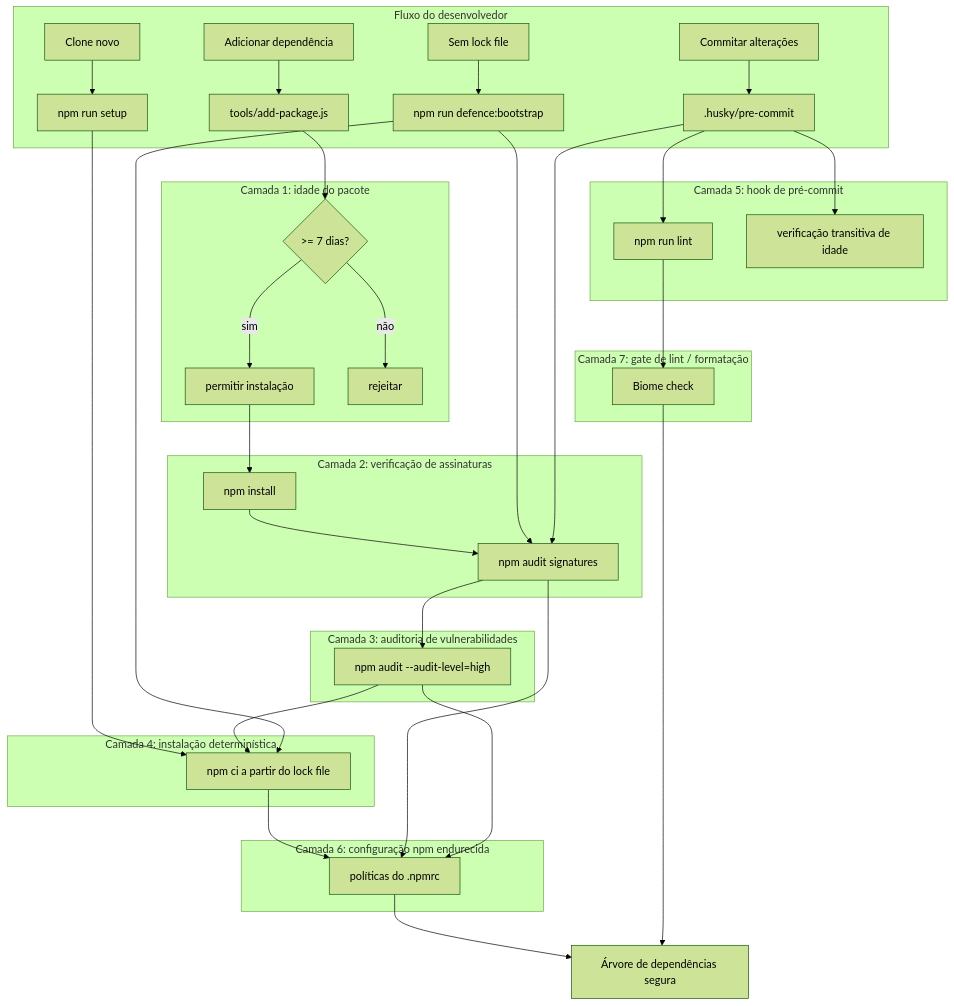
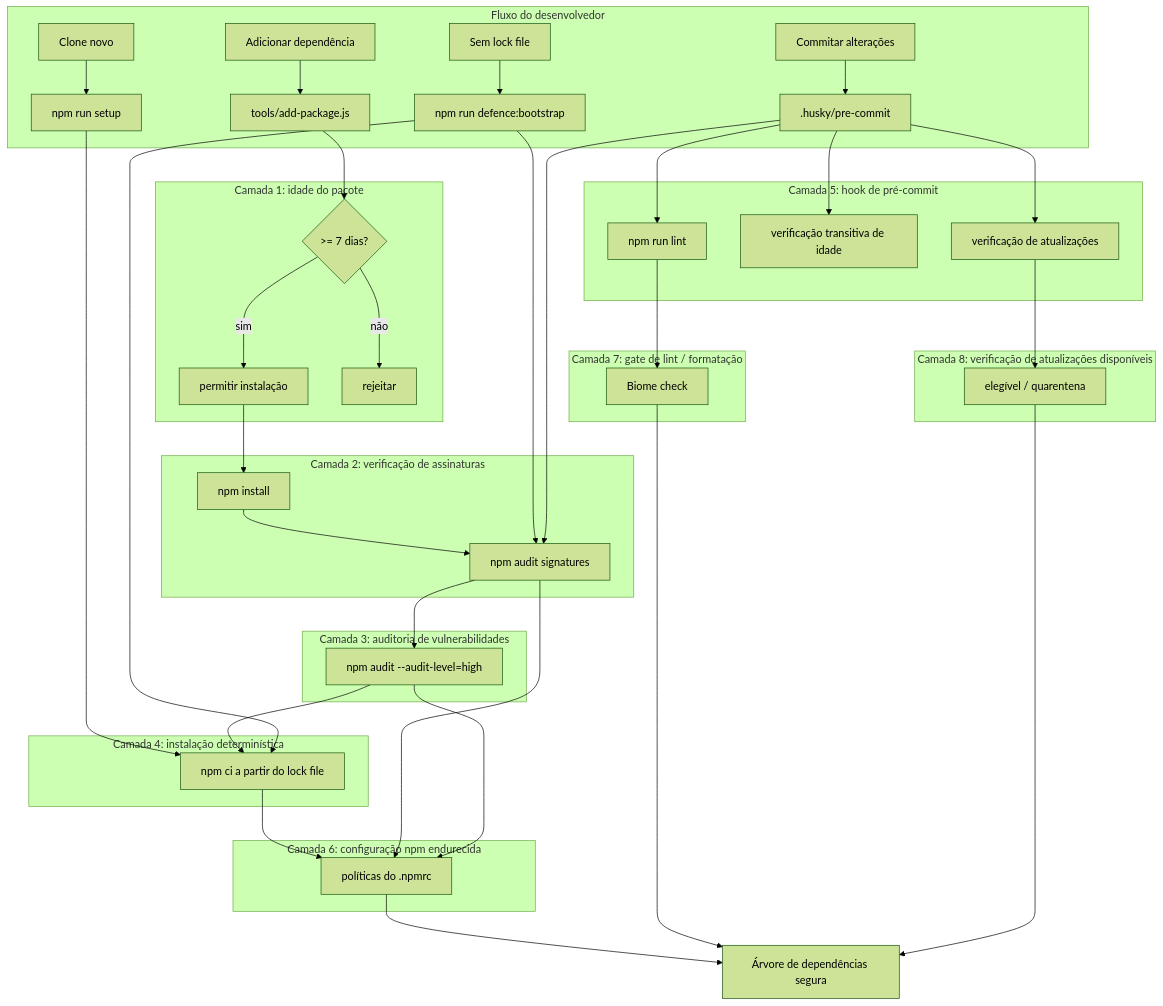
Before and after one commit to adrianoenache/learn-supply-chain-attack-defence: the diagram in docs/pt-BR/security/index.md, drawn with Mermaid (forest theme). The commit also changed other lines of this file and 15 other files, not shown here.

````diff
--- a/docs/pt-BR/security/index.md
+++ b/docs/pt-BR/security/index.md
@@ -7,51 +7,57 @@
 ```mermaid
 flowchart TD
     subgraph Developer["Fluxo do desenvolvedor"]
         A[Adicionar dependência] --> B[tools/add-package.js]
         C[Commitar alterações] --> D[.husky/pre-commit]
         E[Clone novo] --> F[npm run setup]
         Z[Sem lock file] --> Y[npm run defence:bootstrap]
     end
 
     subgraph Layer1["Camada 1: idade do pacote"]
         B --> G{>= 7 dias?}
         G -->|sim| H[permitir instalação]
         G -->|não| I[rejeitar]
     end
 
     H --> J[npm install]
 
     subgraph Layer2["Camada 2: verificação de assinaturas"]
         J --> K[npm audit signatures]
         Y --> K
     end
 
     subgraph Layer3["Camada 3: auditoria de vulnerabilidades"]
         K --> L[npm audit --audit-level=high]
     end
 
     subgraph Layer4["Camada 4: instalação determinística"]
         F --> M[npm ci a partir do lock file]
         L --> M
         Y --> M
     end
 
     subgraph Layer5["Camada 5: hook de pré-commit"]
         D --> Q[npm run lint]
         D --> K
         D --> N[verificação transitiva de idade]
+        D --> U[verificação de atualizações]
     end
 
     subgraph Layer6["Camada 6: configuração npm endurecida"]
         M --> O[políticas do .npmrc]
         K --> O
         L --> O
     end
 
     subgraph Layer7["Camada 7: gate de lint / formatação"]
         Q --> R[Biome check]
     end
 
+    subgraph Layer8["Camada 8: verificação de atualizações disponíveis"]
+        U --> V[elegível / quarentena]
+    end
+
     O --> P[Árvore de dependências segura]
     R --> P
+    V --> P
 ```
````
